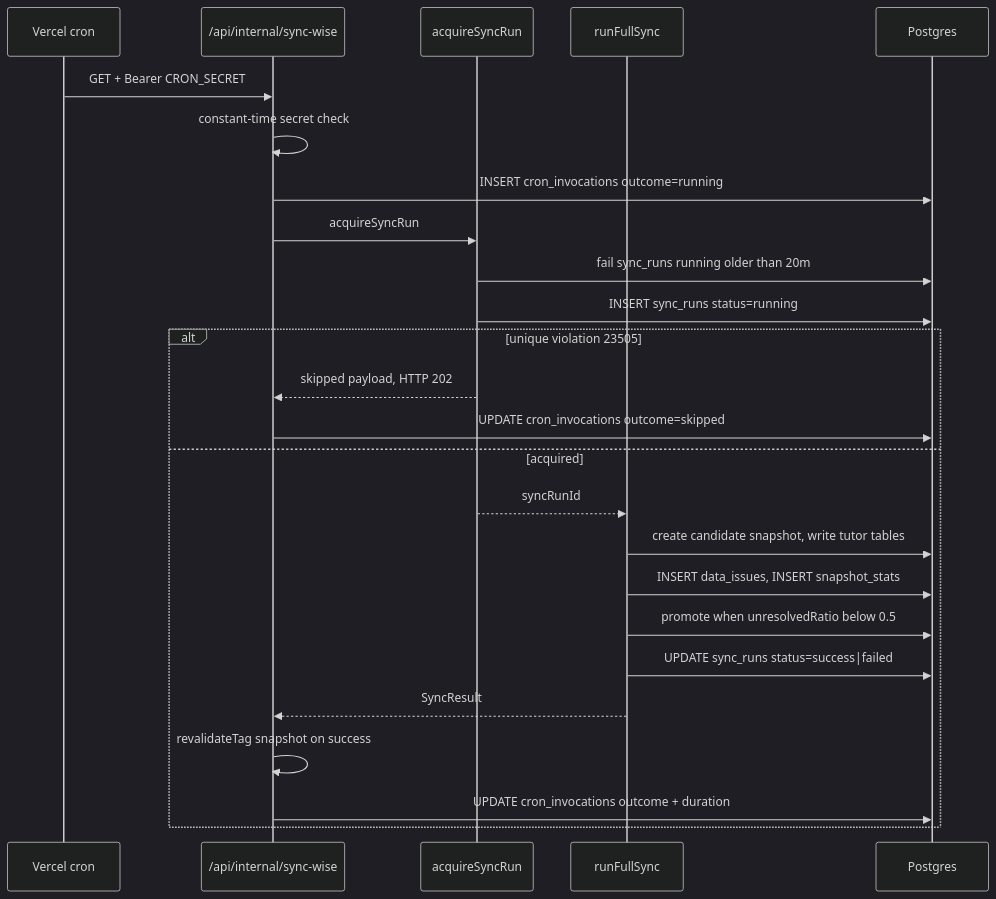
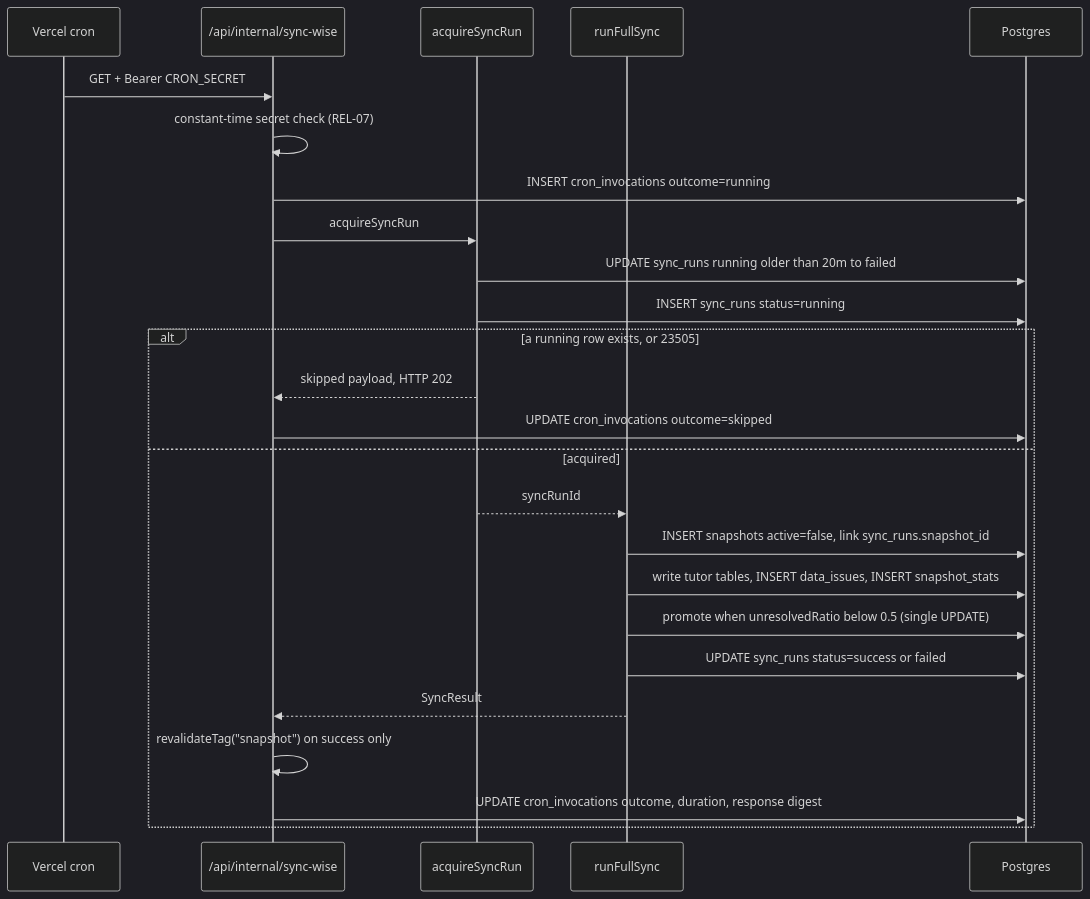
The second of 4 diagrams in docs/operations/observability.md (kasheesh711/bgscheduler), drawn with Mermaid (dark theme) before and after one commit. The commit also changed other lines of this file and 95 other files, not shown here.

````diff
--- a/docs/operations/observability.md
+++ b/docs/operations/observability.md
@@ -127,28 +152,28 @@
 ```mermaid
 sequenceDiagram
   participant V as Vercel cron
   participant R as /api/internal/sync-wise
   participant G as acquireSyncRun
   participant O as runFullSync
   participant DB as Postgres
 
   V->>R: GET + Bearer CRON_SECRET
-  R->>R: constant-time secret check
+  R->>R: constant-time secret check (REL-07)
   R->>DB: INSERT cron_invocations outcome=running
   R->>G: acquireSyncRun
-  G->>DB: fail sync_runs running older than 20m
+  G->>DB: UPDATE sync_runs running older than 20m to failed
   G->>DB: INSERT sync_runs status=running
-  alt unique violation 23505
+  alt a running row exists, or 23505
     G-->>R: skipped payload, HTTP 202
     R->>DB: UPDATE cron_invocations outcome=skipped
   else acquired
     G-->>O: syncRunId
-    O->>DB: create candidate snapshot, write tutor tables
-    O->>DB: INSERT data_issues, INSERT snapshot_stats
-    O->>DB: promote when unresolvedRatio below 0.5
-    O->>DB: UPDATE sync_runs status=success|failed
+    O->>DB: INSERT snapshots active=false, link sync_runs.snapshot_id
+    O->>DB: write tutor tables, INSERT data_issues, INSERT snapshot_stats
+    O->>DB: promote when unresolvedRatio below 0.5 (single UPDATE)
+    O->>DB: UPDATE sync_runs status=success or failed
     O-->>R: SyncResult
-    R->>R: revalidateTag snapshot on success
-    R->>DB: UPDATE cron_invocations outcome + duration
+    R->>R: revalidateTag("snapshot") on success only
+    R->>DB: UPDATE cron_invocations outcome, duration, response digest
   end
 ```
````
